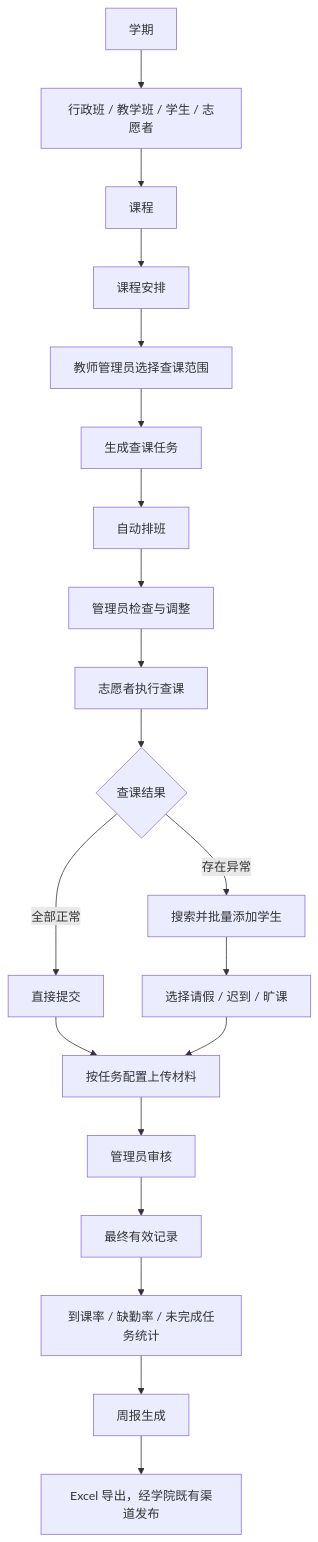
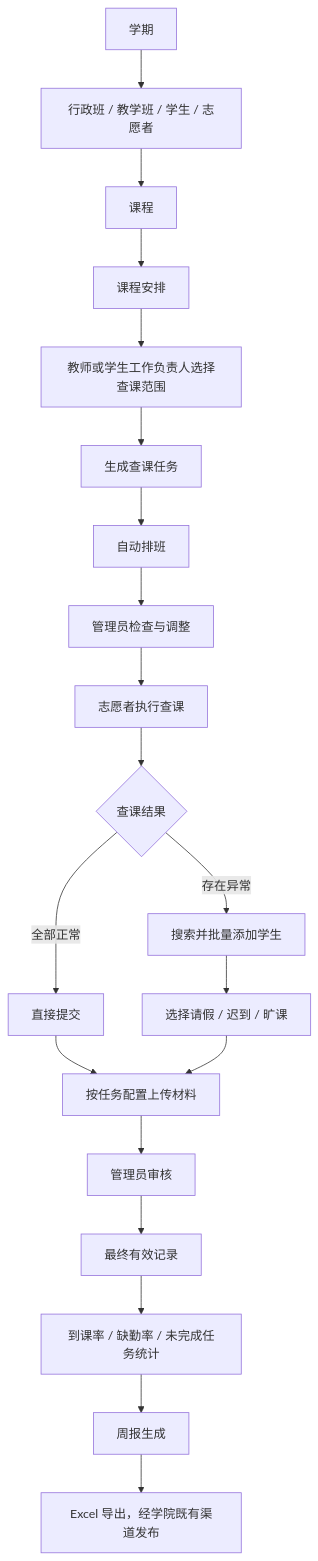
Before and after one commit to Ouroboros-ga/CourseManagement: the fourth of 4 diagrams in 查课管理系统V1.0建设说明.md, drawn with Mermaid. The commit also changed other lines of this file and 150 other files, not shown here.

````diff
--- a/查课管理系统V1.0建设说明.md
+++ b/查课管理系统V1.0建设说明.md
@@ -390,21 +393,21 @@
 ```mermaid
 flowchart TD
     A[学期] --> B[行政班 / 教学班 / 学生 / 志愿者]
     B --> C[课程] --> D[课程安排]
-    D --> E[教师管理员选择查课范围]
+    D --> E[教师或学生工作负责人选择查课范围]
     E --> F[生成查课任务]
     F --> G[自动排班]
     G --> H[管理员检查与调整]
     H --> I[志愿者执行查课]
     I --> J{查课结果}
     J -->|全部正常| K[直接提交]
     J -->|存在异常| L[搜索并批量添加学生]
     L --> M[选择请假 / 迟到 / 旷课]
     K --> N[按任务配置上传材料]
     M --> N
     N --> O[管理员审核]
     O --> P[最终有效记录]
     P --> Q[到课率 / 缺勤率 / 未完成任务统计]
     Q --> R[周报生成]
     R --> S[Excel 导出，经学院既有渠道发布]
 ```
````
